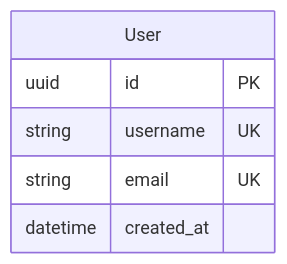
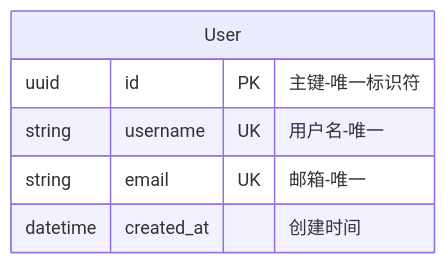
Before and after one commit to x007007007/er-generate-model: the diagram in examples/blog_v2.mmd, drawn with Mermaid. The commit also changed 30 other files, not shown here.

```diff
--- a/examples/blog_v2.mmd
+++ b/examples/blog_v2.mmd
@@ -1,7 +1,7 @@
 erDiagram
     User {
-        uuid id PK
-        string username UK
-        string email UK
-        datetime created_at
+        uuid id PK "主键-唯一标识符"
+        string username UK "用户名-唯一"
+        string email UK "邮箱-唯一"
+        datetime created_at "创建时间"
     }
```
